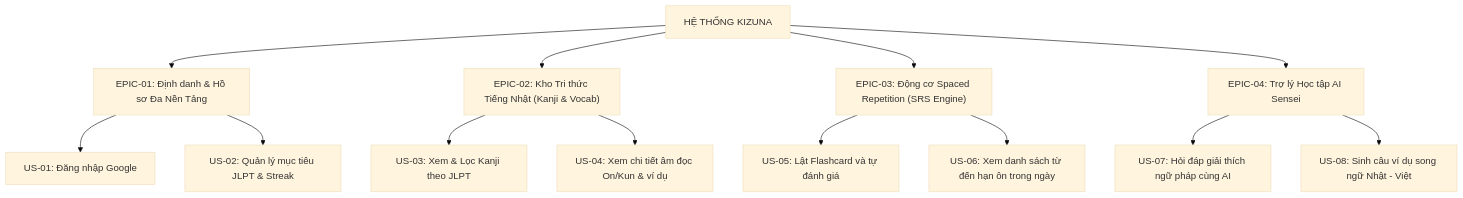
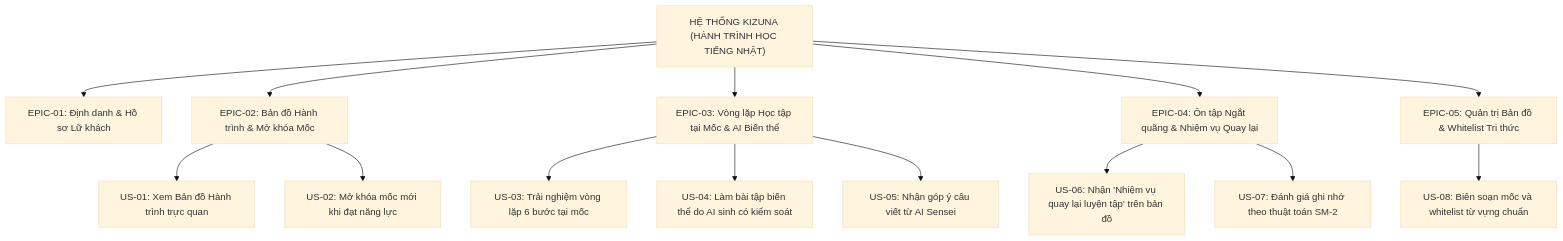
Before and after one commit to Rynnne3125/KIZUNA: the diagram in docs/3.4_USER_STORIES_AND_ACCEPTANCE_CRITERIA.md, drawn with Mermaid (base theme). The commit also changed other lines of this file and 6 other files, not shown here.

Commit message:
yêu cầu lộ trình học của user

````diff
--- a/docs/3.4_USER_STORIES_AND_ACCEPTANCE_CRITERIA.md
+++ b/docs/3.4_USER_STORIES_AND_ACCEPTANCE_CRITERIA.md
@@ -13,22 +11,24 @@
 ```mermaid
 graph TD
-    EpicRoot["HỆ THỐNG KIZUNA"]
-    Epic1["EPIC-01: Định danh & Hồ sơ Đa Nền Tảng"]
-    Epic2["EPIC-02: Kho Tri thức Tiếng Nhật (Kanji & Vocab)"]
-    Epic3["EPIC-03: Động cơ Spaced Repetition (SRS Engine)"]
-    Epic4["EPIC-04: Trợ lý Học tập AI Sensei"]
+    EpicRoot["HỆ THỐNG KIZUNA (HÀNH TRÌNH HỌC TIẾNG NHẬT)"]
+    Epic1["EPIC-01: Định danh & Hồ sơ Lữ khách"]
+    Epic2["EPIC-02: Bản đồ Hành trình & Mở khóa Mốc"]
+    Epic3["EPIC-03: Vòng lặp Học tập tại Mốc & AI Biến thể"]
+    Epic4["EPIC-04: Ôn tập Ngắt quãng & Nhiệm vụ Quay lại"]
+    Epic5["EPIC-05: Quản trị Bản đồ & Whitelist Tri thức"]
 
     EpicRoot --> Epic1
     EpicRoot --> Epic2
     EpicRoot --> Epic3
     EpicRoot --> Epic4
+    EpicRoot --> Epic5
 
-    Epic1 --> US01["US-01: Đăng nhập Google"]
-    Epic1 --> US02["US-02: Quản lý mục tiêu JLPT & Streak"]
-    Epic2 --> US03["US-03: Xem & Lọc Kanji theo JLPT"]
-    Epic2 --> US04["US-04: Xem chi tiết âm đọc On/Kun & ví dụ"]
-    Epic3 --> US05["US-05: Lật Flashcard và tự đánh giá"]
-    Epic3 --> US06["US-06: Xem danh sách từ đến hạn ôn trong ngày"]
-    Epic4 --> US07["US-07: Hỏi đáp giải thích ngữ pháp cùng AI"]
-    Epic4 --> US08["US-08: Sinh câu ví dụ song ngữ Nhật - Việt"]
+    Epic2 --> US01["US-01: Xem Bản đồ Hành trình trực quan"]
+    Epic2 --> US02["US-02: Mở khóa mốc mới khi đạt năng lực"]
+    Epic3 --> US03["US-03: Trải nghiệm vòng lặp 6 bước tại mốc"]
+    Epic3 --> US04["US-04: Làm bài tập biến thể do AI sinh có kiểm soát"]
+    Epic3 --> US05["US-05: Nhận góp ý câu viết từ AI Sensei"]
+    Epic4 --> US06["US-06: Nhận 'Nhiệm vụ quay lại luyện tập' trên bản đồ"]
+    Epic4 --> US07["US-07: Đánh giá ghi nhớ theo thuật toán SM-2"]
+    Epic5 --> US08["US-08: Biên soạn mốc và whitelist từ vựng chuẩn"]
 ```
````
